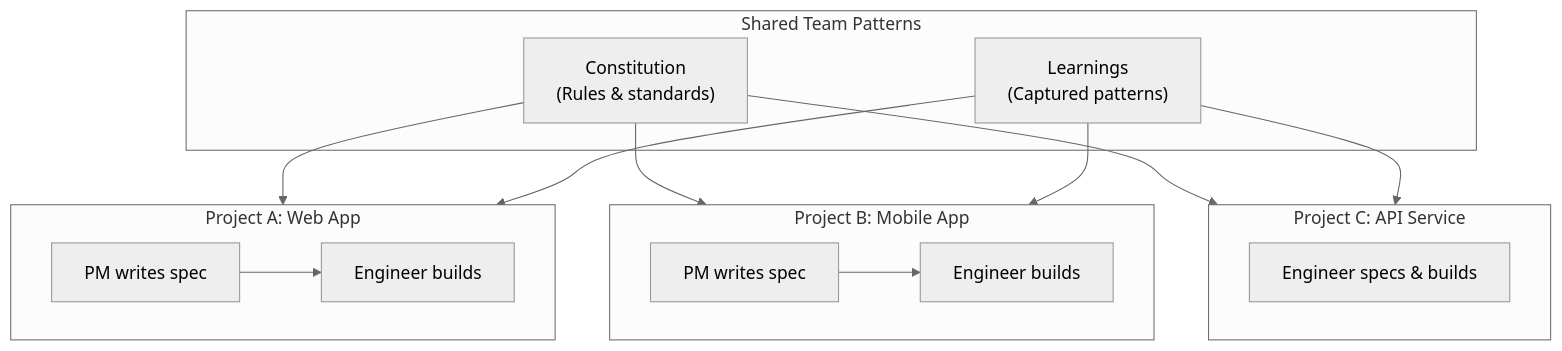
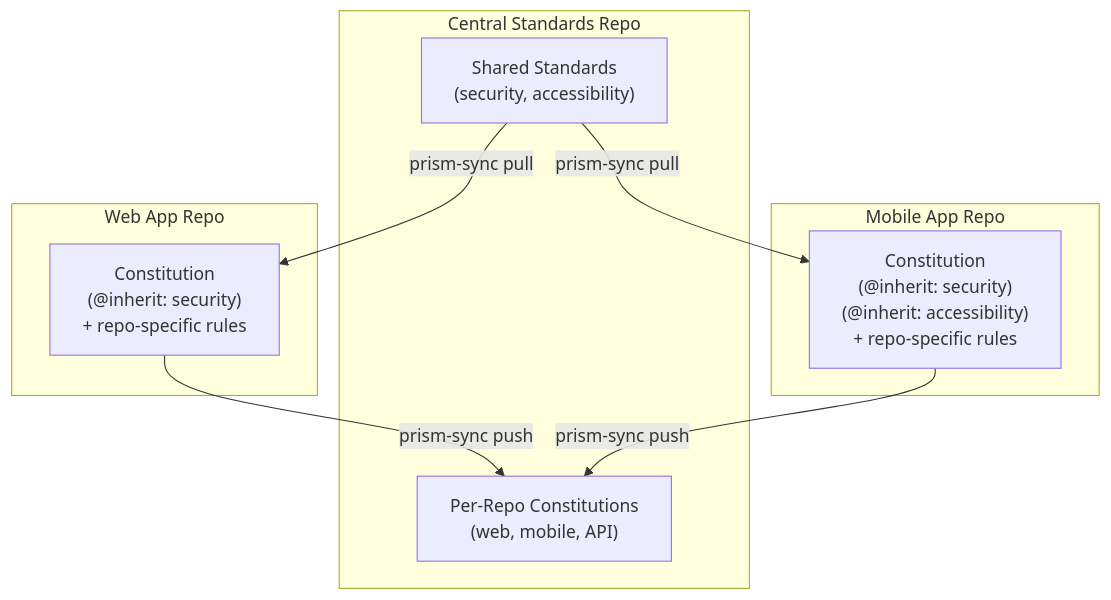
Before and after one commit to araserel/sigil-os: the fourth of 4 diagrams in prism-plugin/docs/multi-team-workflow.md, drawn with Mermaid. The commit also changed other lines of this file and 1 other file, not shown here.

First line of the commit message:
docs: Rewrite multi-team workflow for Stage 2/3 vision

````diff
--- a/prism-plugin/docs/multi-team-workflow.md
+++ b/prism-plugin/docs/multi-team-workflow.md
@@ -144,30 +153,20 @@
 ```mermaid
----
-config:
-  theme: neutral
----
 flowchart TD
-    subgraph TeamPatterns["Shared Team Patterns"]
-        CONST["Constitution\n(Rules & standards)"]
-        LEARN["Learnings\n(Captured patterns)"]
+    subgraph Central["Central Standards Repo"]
+        SHARED["Shared Standards\n(security, accessibility)"]
+        REPO_COPIES["Per-Repo Constitutions\n(web, mobile, API)"]
     end
 
-    subgraph RepoA["Project A: Web App"]
-        PM_A["PM writes spec"] --> ENG_A["Engineer builds"]
+    subgraph Web["Web App Repo"]
+        C_WEB["Constitution\n(@inherit: security)\n+ repo-specific rules"]
     end
 
-    subgraph RepoB["Project B: Mobile App"]
-        PM_B["PM writes spec"] --> ENG_B["Engineer builds"]
+    subgraph Mobile["Mobile App Repo"]
+        C_MOB["Constitution\n(@inherit: security)\n(@inherit: accessibility)\n+ repo-specific rules"]
     end
 
-    subgraph RepoC["Project C: API Service"]
-        ENG_C["Engineer specs & builds"]
-    end
-
-    CONST --> RepoA
-    CONST --> RepoB
-    CONST --> RepoC
-    LEARN --> RepoA
-    LEARN --> RepoB
-    LEARN --> RepoC
+    SHARED -->|"prism-sync pull"| C_WEB
+    SHARED -->|"prism-sync pull"| C_MOB
+    C_WEB -->|"prism-sync push"| REPO_COPIES
+    C_MOB -->|"prism-sync push"| REPO_COPIES
 ```
````
